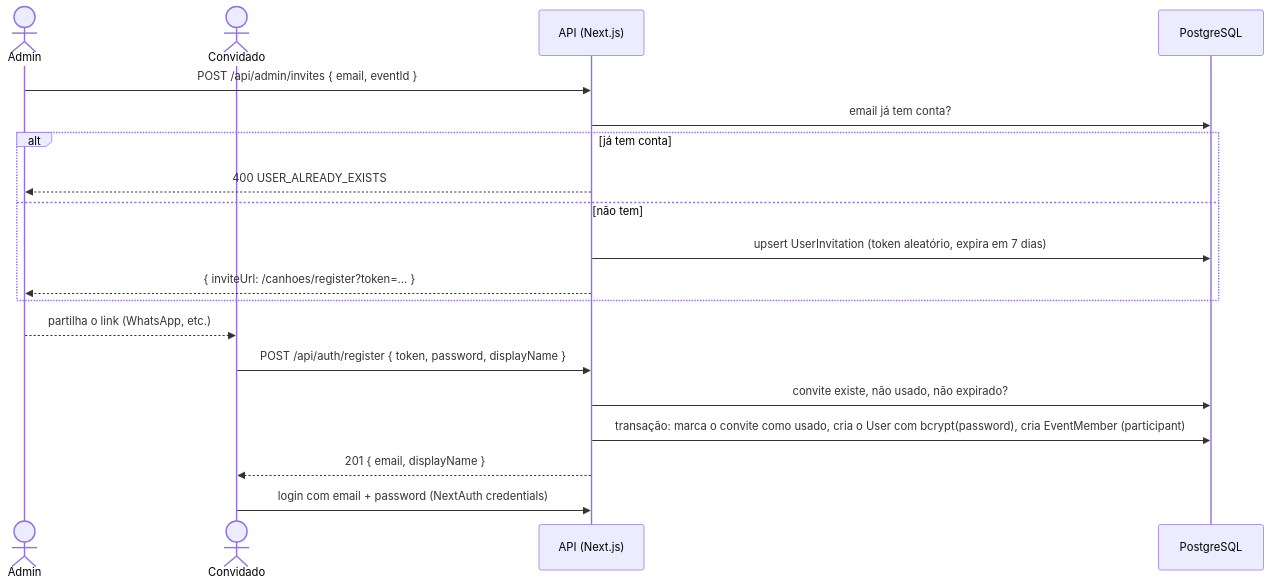
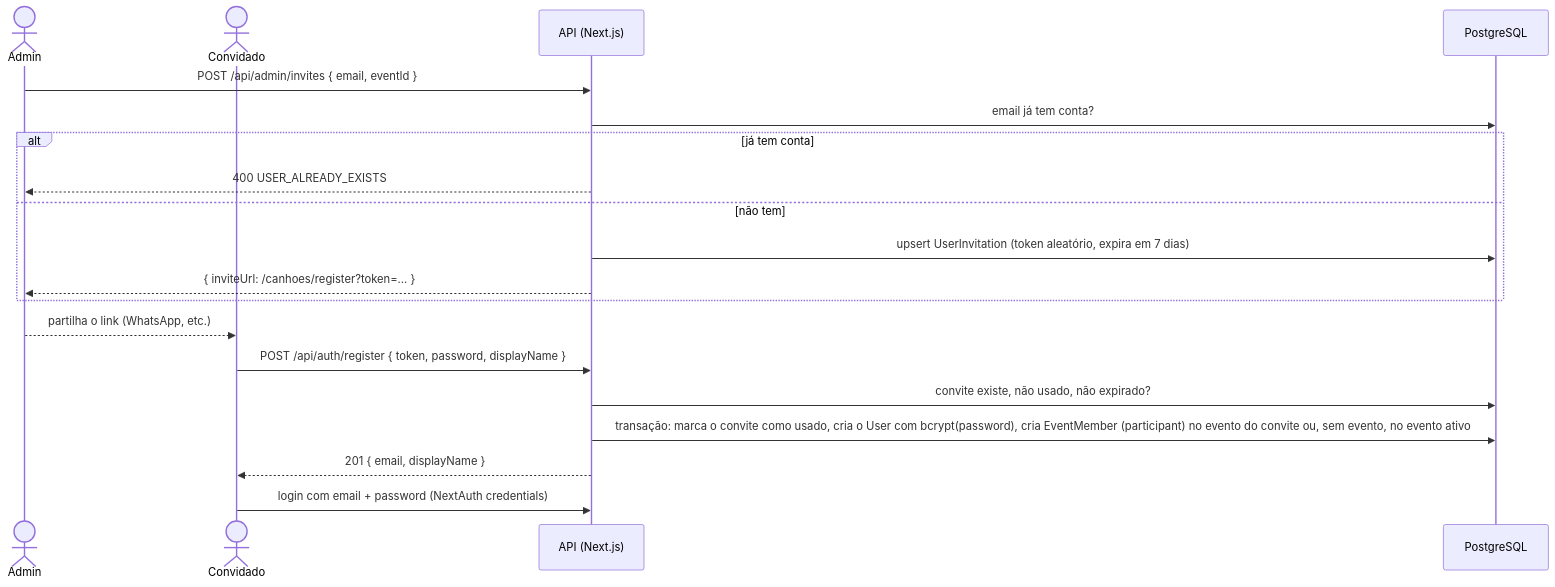
The first of 7 diagrams in docs/05-fluxos.md (joaopachecowork1/Canhoes), drawn with Mermaid before and after one commit. The commit also changed 32 other files, not shown here.

````diff
--- a/docs/05-fluxos.md
+++ b/docs/05-fluxos.md
@@ -7,22 +7,22 @@
 ```mermaid
 sequenceDiagram
   actor Admin
   actor Convidado
   participant API as API (Next.js)
   participant DB as PostgreSQL
 
   Admin->>API: POST /api/admin/invites { email, eventId }
   API->>DB: email já tem conta?
   alt já tem conta
     API-->>Admin: 400 USER_ALREADY_EXISTS
   else não tem
     API->>DB: upsert UserInvitation (token aleatório, expira em 7 dias)
     API-->>Admin: { inviteUrl: /canhoes/register?token=… }
   end
   Admin-->>Convidado: partilha o link (WhatsApp, etc.)
   Convidado->>API: POST /api/auth/register { token, password, displayName }
   API->>DB: convite existe, não usado, não expirado?
-  API->>DB: transação: marca o convite como usado, cria o User com bcrypt(password), cria EventMember (participant)
+  API->>DB: transação: marca o convite como usado, cria o User com bcrypt(password), cria EventMember (participant) no evento do convite ou, sem evento, no evento ativo
   API-->>Convidado: 201 { email, displayName }
   Convidado->>API: login com email + password (NextAuth credentials)
 ```
````
